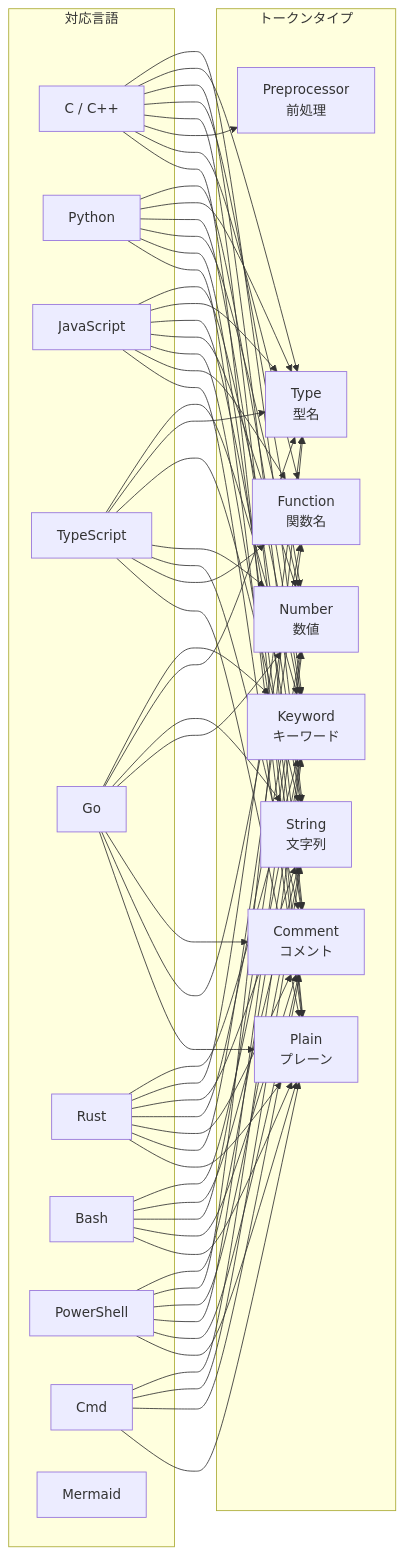
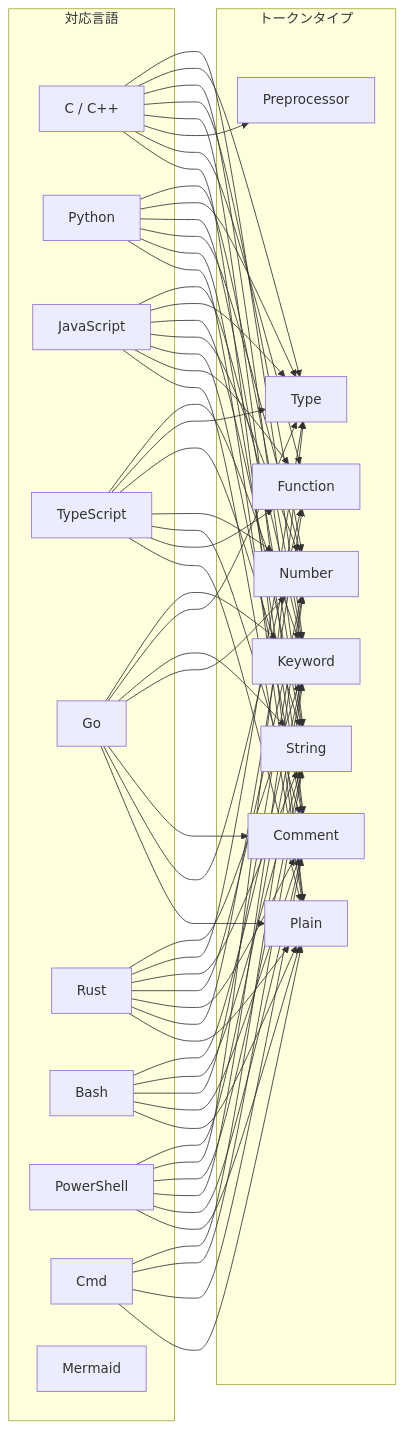
One commit to tanaton/mendo changed the ninth of 27 diagrams in example/test.md. Above: the diagram before and after it, drawn with Mermaid. The commit also changed other lines of this file, not shown here.

````diff
--- a/example/test.md
+++ b/example/test.md
@@ -850,36 +968,36 @@
 ```mermaid
 graph LR
     subgraph 対応言語
         CPP[C / C++]
         PY[Python]
         JS[JavaScript]
         TS[TypeScript]
         GO[Go]
         RS[Rust]
         BASH[Bash]
         PS[PowerShell]
         CMD[Cmd]
         MER[Mermaid]
     end
 
     subgraph トークンタイプ
-        KW[Keyword<br>キーワード]
-        TY[Type<br>型名]
-        ST[String<br>文字列]
-        NU[Number<br>数値]
-        CM[Comment<br>コメント]
-        PP[Preprocessor<br>前処理]
-        FN[Function<br>関数名]
-        PL[Plain<br>プレーン]
+        KW[Keyword]
+        TY[Type]
+        ST[String]
+        NU[Number]
+        CM[Comment]
+        PP[Preprocessor]
+        FN[Function]
+        PL[Plain]
     end
 
     CPP --> KW & TY & ST & NU & CM & PP & FN & PL
     PY --> KW & TY & ST & NU & CM & PL
     JS --> KW & TY & ST & NU & CM & FN & PL
     TS --> KW & TY & ST & NU & CM & FN & PL
     GO --> KW & TY & ST & NU & CM & FN & PL
     RS --> KW & TY & ST & NU & CM & FN & PL
     BASH --> KW & ST & NU & CM & PL
     PS --> KW & TY & ST & NU & CM & PL
     CMD --> KW & ST & CM & PL
 ```
````
